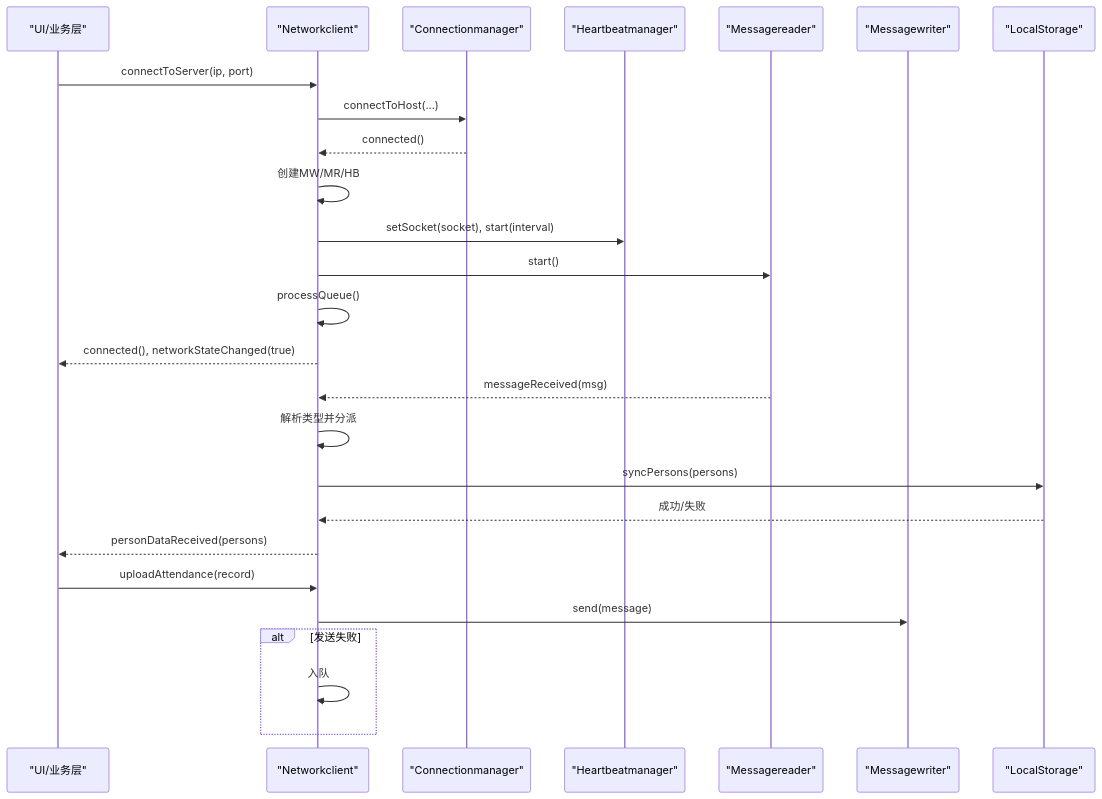
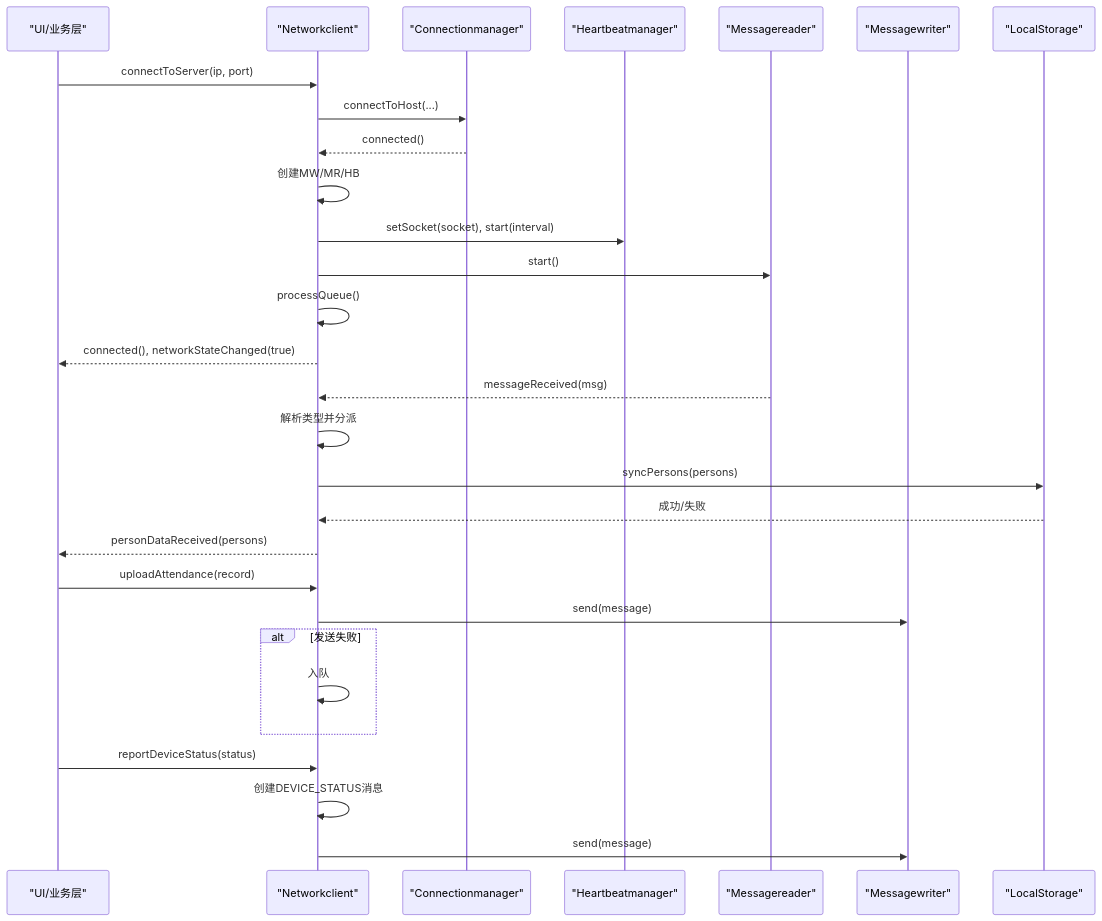
One commit to HeQiTZD/Triple-terminal-Attendance-Punching-System changed the ninth of 10 diagrams in .qoder/repowiki/zh/content/核心模块/网络客户端模块/网络客户端模块.md. Above: the diagram before and after it, drawn with Mermaid. The commit also changed other lines of this file and 44 other files, not shown here.

````diff
--- a/.qoder/repowiki/zh/content/核心模块/网络客户端模块/网络客户端模块.md
+++ b/.qoder/repowiki/zh/content/核心模块/网络客户端模块/网络客户端模块.md
@@ -442,28 +461,31 @@
 ```mermaid
 sequenceDiagram
 participant UI as "UI/业务层"
 participant NC as "Networkclient"
 participant CM as "Connectionmanager"
 participant HB as "Heartbeatmanager"
 participant MR as "Messagereader"
 participant MW as "Messagewriter"
 participant LS as "LocalStorage"
 UI->>NC : connectToServer(ip, port)
 NC->>CM : connectToHost(...)
 CM-->>NC : connected()
 NC->>NC : 创建MW/MR/HB
 NC->>HB : setSocket(socket), start(interval)
 NC->>MR : start()
 NC->>NC : processQueue()
 NC-->>UI : connected(), networkStateChanged(true)
 MR-->>NC : messageReceived(msg)
 NC->>NC : 解析类型并分派
 NC->>LS : syncPersons(persons)
 LS-->>NC : 成功/失败
 NC-->>UI : personDataReceived(persons)
 UI->>NC : uploadAttendance(record)
 NC->>MW : send(message)
 alt 发送失败
 NC->>NC : 入队
 end
+UI->>NC : reportDeviceStatus(status)
+NC->>NC : 创建DEVICE_STATUS消息
+NC->>MW : send(message)
 ```
````
